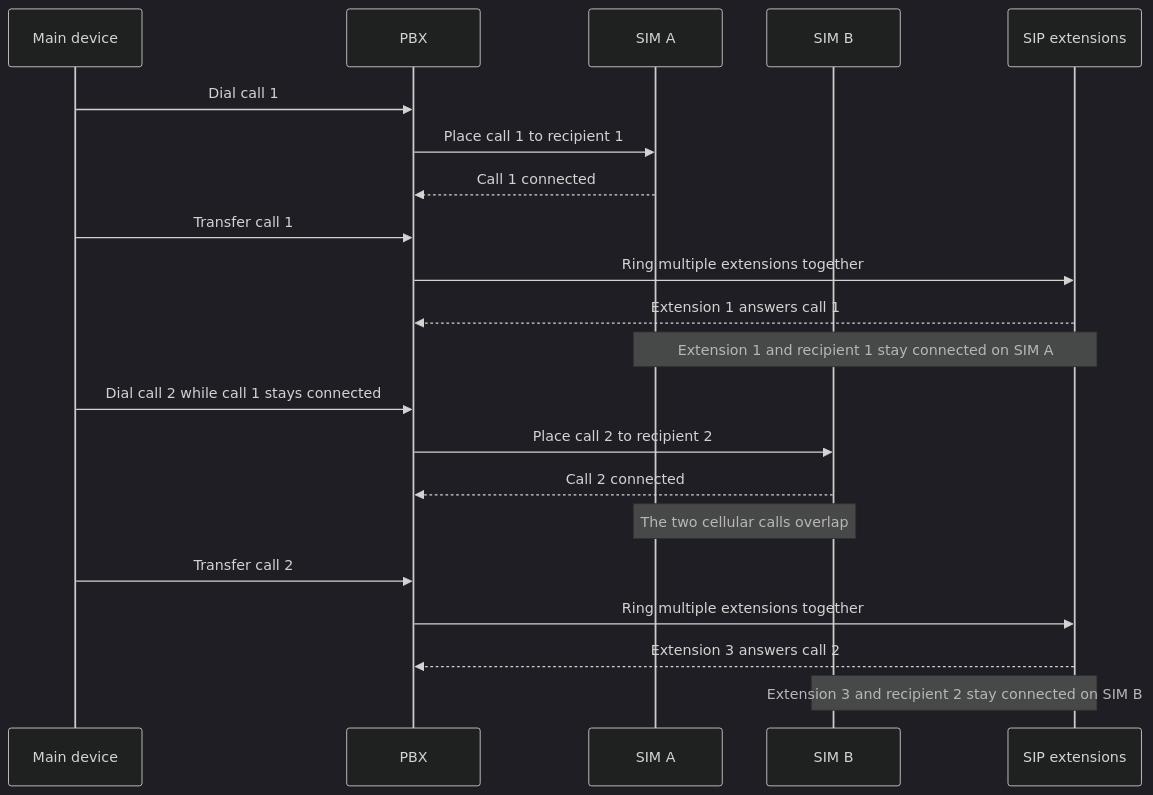
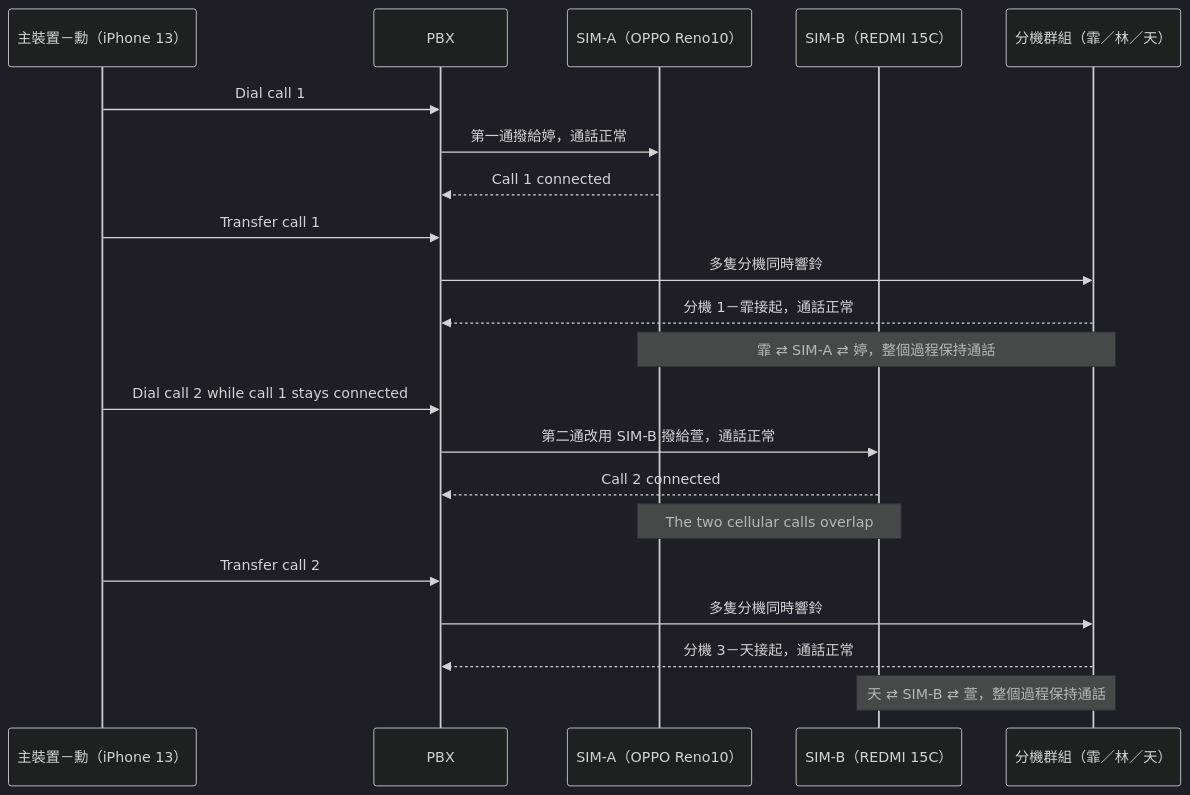
Before and after one commit to AetherKoda/sip-android-gateway: the diagram in docs/TESTING.md, drawn with Mermaid (dark theme). The commit also changed other lines of this file and 46 other files, not shown here.

````diff
--- a/docs/TESTING.md
+++ b/docs/TESTING.md
@@ -54,25 +79,25 @@
 ```mermaid
 sequenceDiagram
-    participant Main as Main device
+    participant Main as 主裝置－勳（iPhone 13）
     participant PBX as PBX
-    participant A as SIM A
-    participant B as SIM B
-    participant Group as SIP extensions
+    participant A as SIM-A（OPPO Reno10）
+    participant B as SIM-B（REDMI 15C）
+    participant Group as 分機群組（霏／林／天）
 
     Main->>PBX: Dial call 1
-    PBX->>A: Place call 1 to recipient 1
+    PBX->>A: 第一通撥給婷，通話正常
     A-->>PBX: Call 1 connected
     Main->>PBX: Transfer call 1
-    PBX->>Group: Ring multiple extensions together
-    Group-->>PBX: Extension 1 answers call 1
-    Note over A,Group: Extension 1 and recipient 1 stay connected on SIM A
+    PBX->>Group: 多隻分機同時響鈴
+    Group-->>PBX: 分機 1－霏接起，通話正常
+    Note over A,Group: 霏 ⇄ SIM-A ⇄ 婷，整個過程保持通話
 
     Main->>PBX: Dial call 2 while call 1 stays connected
-    PBX->>B: Place call 2 to recipient 2
+    PBX->>B: 第二通改用 SIM-B 撥給萱，通話正常
     B-->>PBX: Call 2 connected
     Note over A,B: The two cellular calls overlap
     Main->>PBX: Transfer call 2
-    PBX->>Group: Ring multiple extensions together
-    Group-->>PBX: Extension 3 answers call 2
-    Note over B,Group: Extension 3 and recipient 2 stay connected on SIM B
+    PBX->>Group: 多隻分機同時響鈴
+    Group-->>PBX: 分機 3－天接起，通話正常
+    Note over B,Group: 天 ⇄ SIM-B ⇄ 萱，整個過程保持通話
 ```
````
